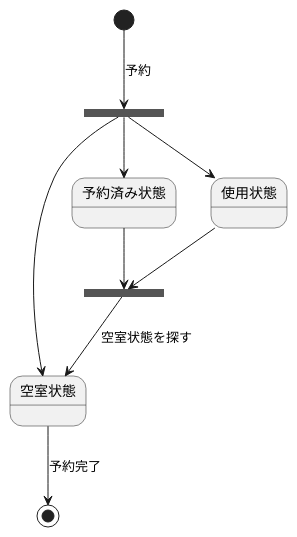
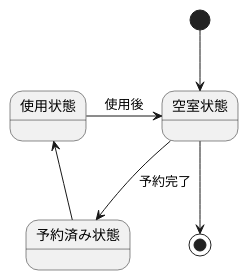
Before and after one commit to Raiki215/uml-introduction: the diagram in 演習6-2_SD_部屋オブジェクト.pu, drawn with PlantUML.

Commit message:
やり直し

```diff
--- a/演習6-2_SD_部屋オブジェクト.pu
+++ b/演習6-2_SD_部屋オブジェクト.pu
@@ -1,15 +1,8 @@
 @startuml
-state fork_state <<fork>>
-[*] --> fork_state: 予約
-fork_state --> 空室状態
-fork_state --> 予約済み状態
-fork_state --> 使用状態
+[*] --> 空室状態
 
-state join_state <<join>>
-予約済み状態 --> join_state
-使用状態 --> join_state
-join_state --> 空室状態: 空室状態を探す
-
-空室状態 --> [*]:予約完了
-
+空室状態 --> 予約済み状態: 予約完了
+予約済み状態 --> 使用状態
+使用状態 -right-> 空室状態: 使用後
+空室状態 --> [*]
 @enduml
```
